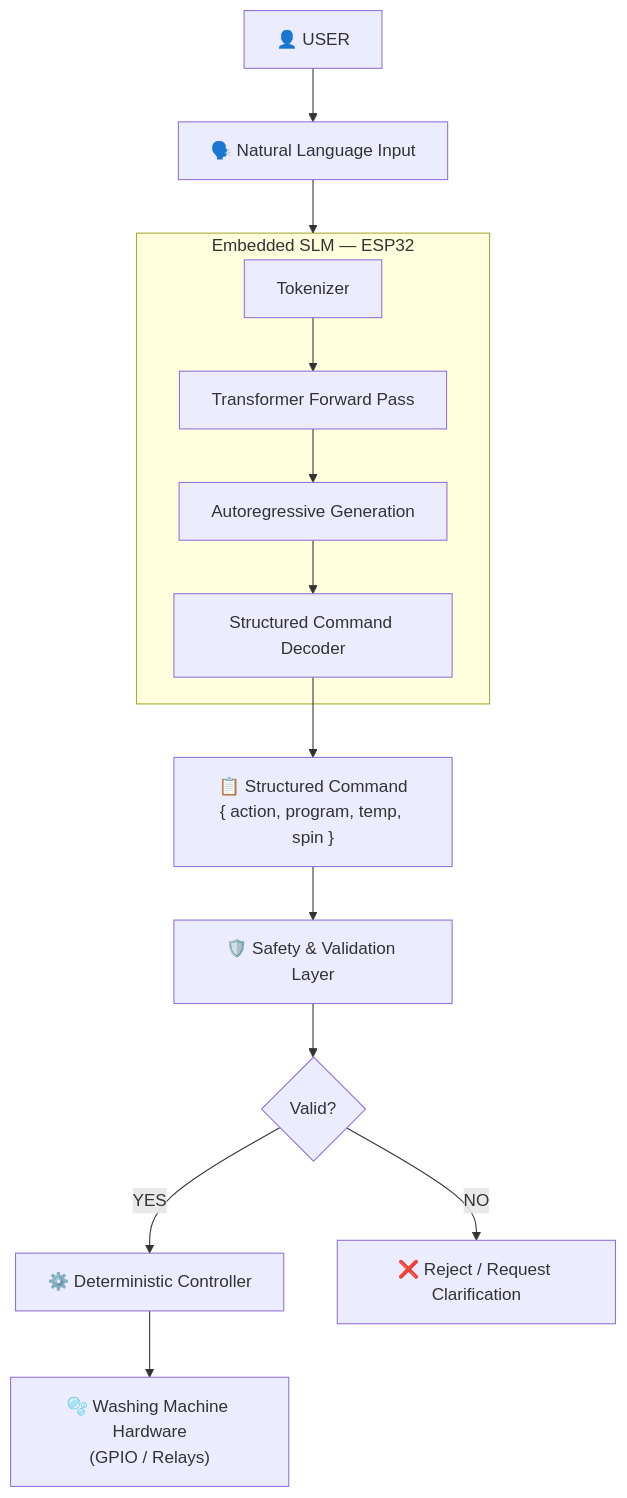
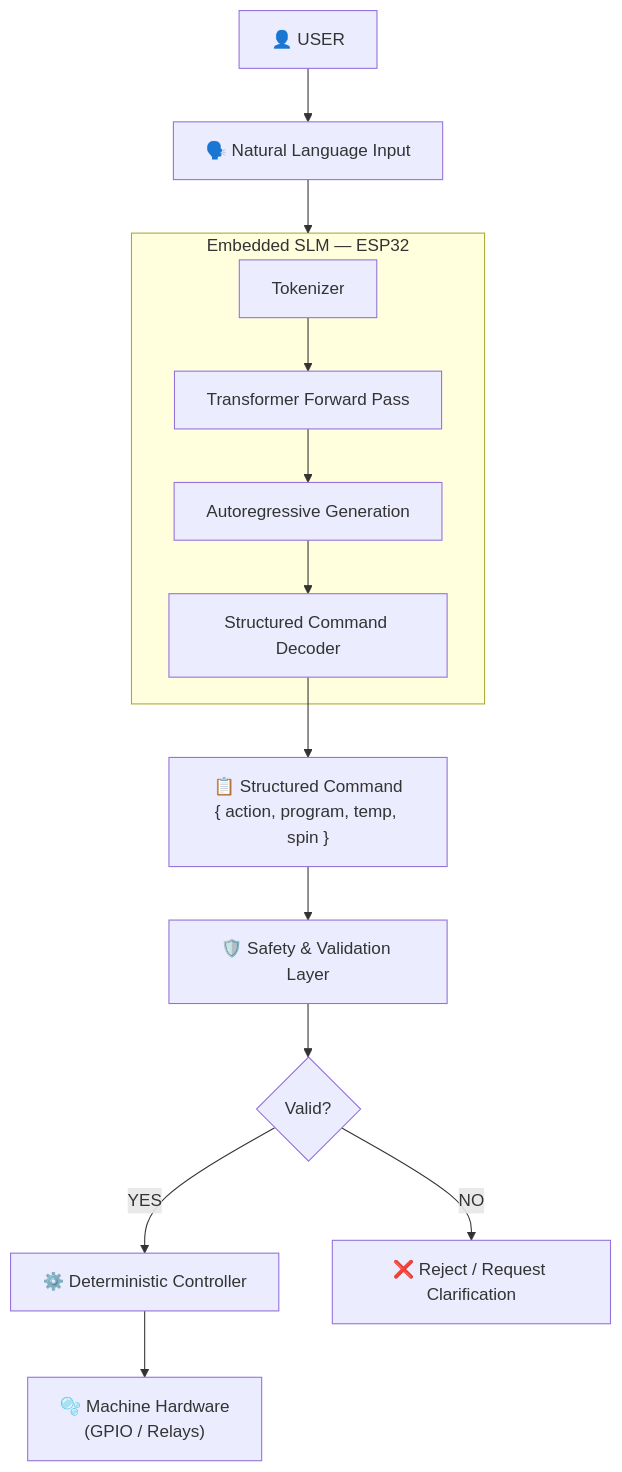
Diagram 13 of 14 in README.md (AMAANALI70/SLM), drawn with Mermaid before and after one commit. The commit also changed other lines of this file, not shown here.

````diff
--- a/README.md
+++ b/README.md
@@ -1190,18 +1190,18 @@
 ```mermaid
 flowchart TD
     USER["👤 USER"] --> NL["🗣️ Natural Language Input"]
     NL --> SLM
 
     subgraph SLM["Embedded SLM — ESP32"]
         TOK["Tokenizer"] --> FWD["Transformer Forward Pass"]
         FWD --> GEN["Autoregressive Generation"]
         GEN --> DEC["Structured Command Decoder"]
     end
 
     DEC --> CMD["📋 Structured Command\n{ action, program, temp, spin }"]
     CMD --> VAL["🛡️ Safety & Validation Layer"]
     VAL --> VALID{Valid?}
     VALID -- "YES" --> CTRL["⚙️ Deterministic Controller"]
     VALID -- "NO"  --> REJ["❌ Reject / Request Clarification"]
-    CTRL --> HW["🫧 Washing Machine Hardware\n(GPIO / Relays)"]
+    CTRL --> HW["🫧  Machine Hardware\n(GPIO / Relays)"]
 ```
````
